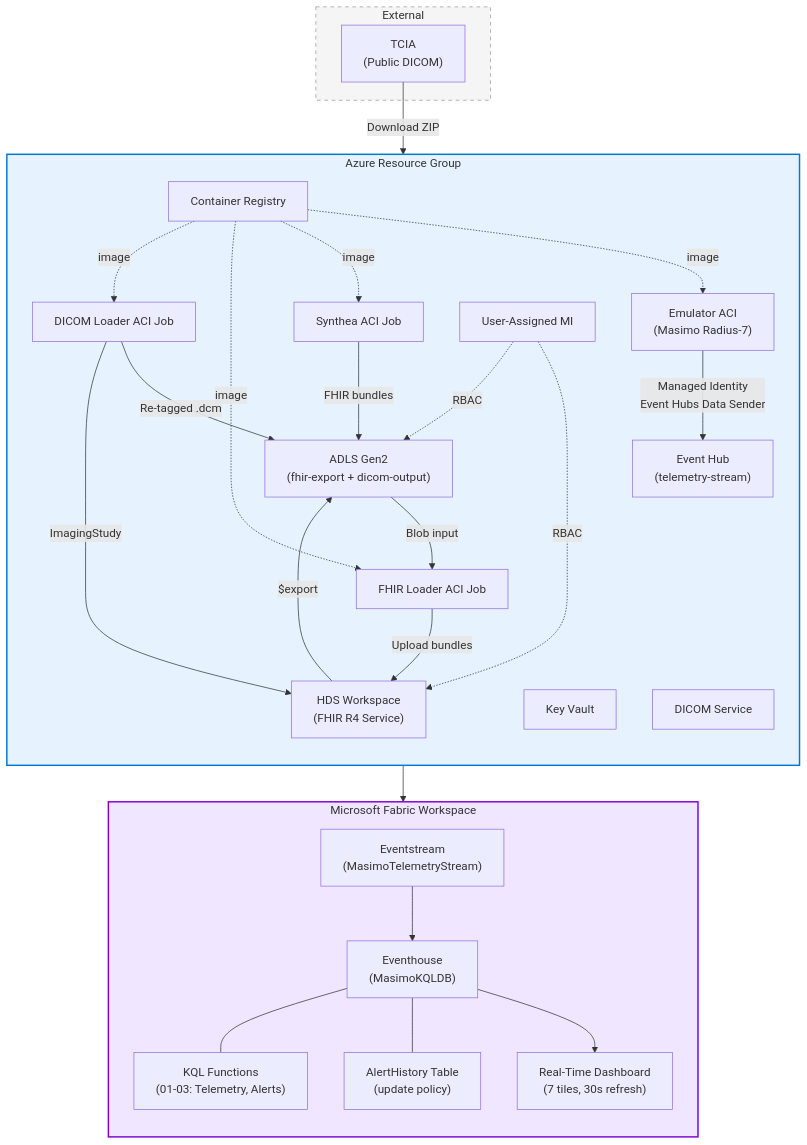
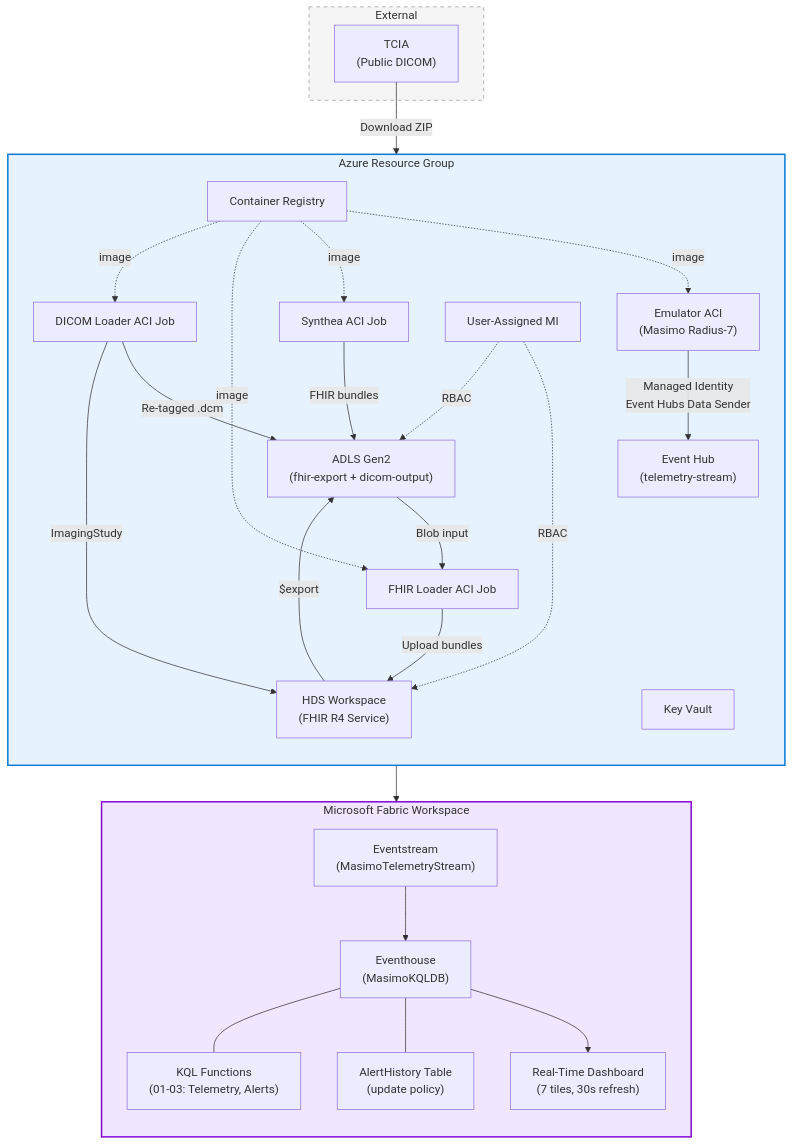
The first of 2 diagrams in docs/phase-1-infrastructure-and-ingestion.md (kfprugger/med-device-fabric-emulator), drawn with Mermaid before and after one commit. The commit also changed other lines of this file and 101 other files, not shown here.

````diff
--- a/docs/phase-1-infrastructure-and-ingestion.md
+++ b/docs/phase-1-infrastructure-and-ingestion.md
@@ -15,57 +15,56 @@
 ```mermaid
 flowchart TB
     subgraph AZ["Azure Resource Group"]
         direction TB
         EH["Event Hub\n(telemetry-stream)"]
         ACR["Container Registry"]
         KV["Key Vault"]
         ACI_E["Emulator ACI\n(Masimo Radius-7)"]
         FHIR_WS["HDS Workspace\n(FHIR R4 Service)"]
-        DICOM_SVC["DICOM Service"]
         SYNTH["Synthea ACI Job"]
         FHIR_LDR["FHIR Loader ACI Job"]
         DICOM_LDR["DICOM Loader ACI Job"]
         ADLS["ADLS Gen2\n(fhir-export + dicom-output)"]
         UAMI["User-Assigned MI"]
     end
 
     subgraph FAB["Microsoft Fabric Workspace"]
         direction TB
         ES["Eventstream\n(MasimoTelemetryStream)"]
         EVH["Eventhouse\n(MasimoKQLDB)"]
         KQL_FN["KQL Functions\n(01-03: Telemetry, Alerts)"]
         AH["AlertHistory Table\n(update policy)"]
         DASH["Real-Time Dashboard\n(7 tiles, 30s refresh)"]
     end
 
     subgraph EXT["External"]
         TCIA["TCIA\n(Public DICOM)"]
     end
 
     ACI_E -->|"Managed Identity\nEvent Hubs Data Sender"| EH
     EH --> ES --> EVH
     EVH --- KQL_FN
     EVH --- AH
     EVH --> DASH
 
     ACR -.->|image| ACI_E
     ACR -.->|image| SYNTH
     ACR -.->|image| FHIR_LDR
     ACR -.->|image| DICOM_LDR
 
     SYNTH -->|"FHIR bundles"| ADLS
     FHIR_LDR -->|"Upload bundles"| FHIR_WS
     ADLS -->|"Blob input"| FHIR_LDR
     UAMI -.->|RBAC| FHIR_WS
     UAMI -.->|RBAC| ADLS
 
     TCIA -->|"Download ZIP"| DICOM_LDR
     DICOM_LDR -->|"Re-tagged .dcm"| ADLS
     DICOM_LDR -->|"ImagingStudy"| FHIR_WS
 
     FHIR_WS -->|"$export"| ADLS
 
     style AZ fill:#e6f3ff,stroke:#0078d4,stroke-width:2px
     style FAB fill:#f0e6ff,stroke:#8000d4,stroke-width:2px
     style EXT fill:#f5f5f5,stroke:#999,stroke-dasharray:5
 ```
````
